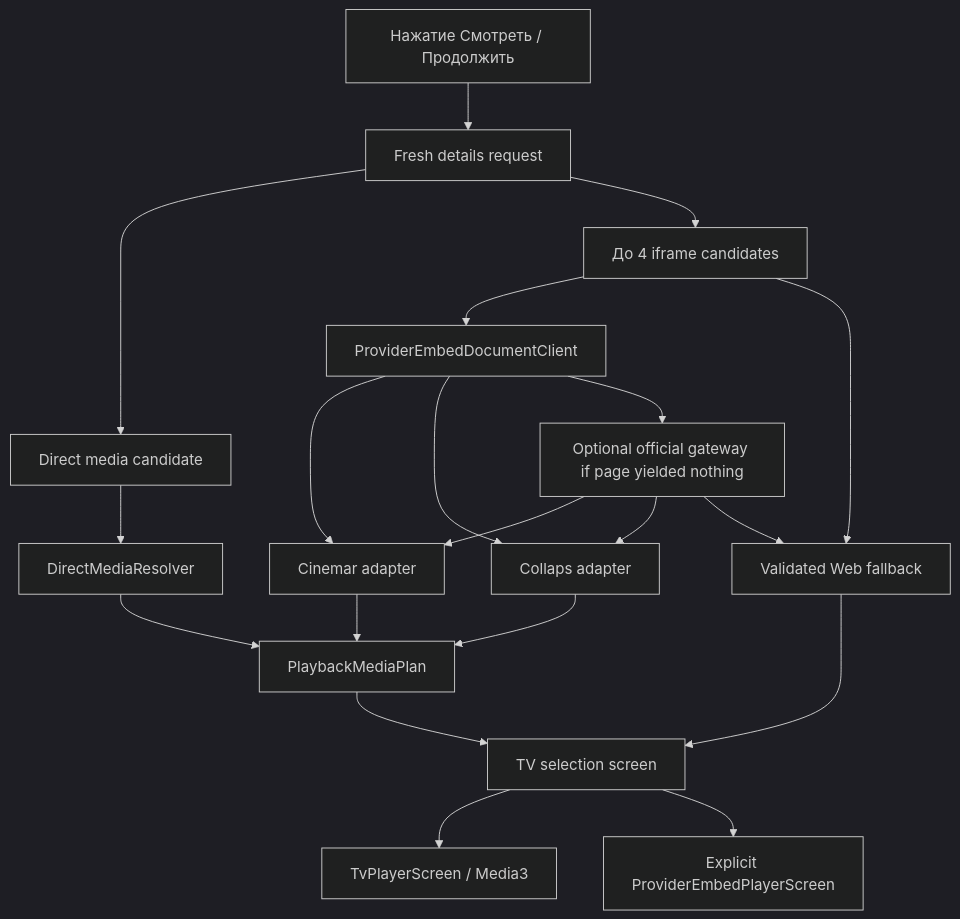
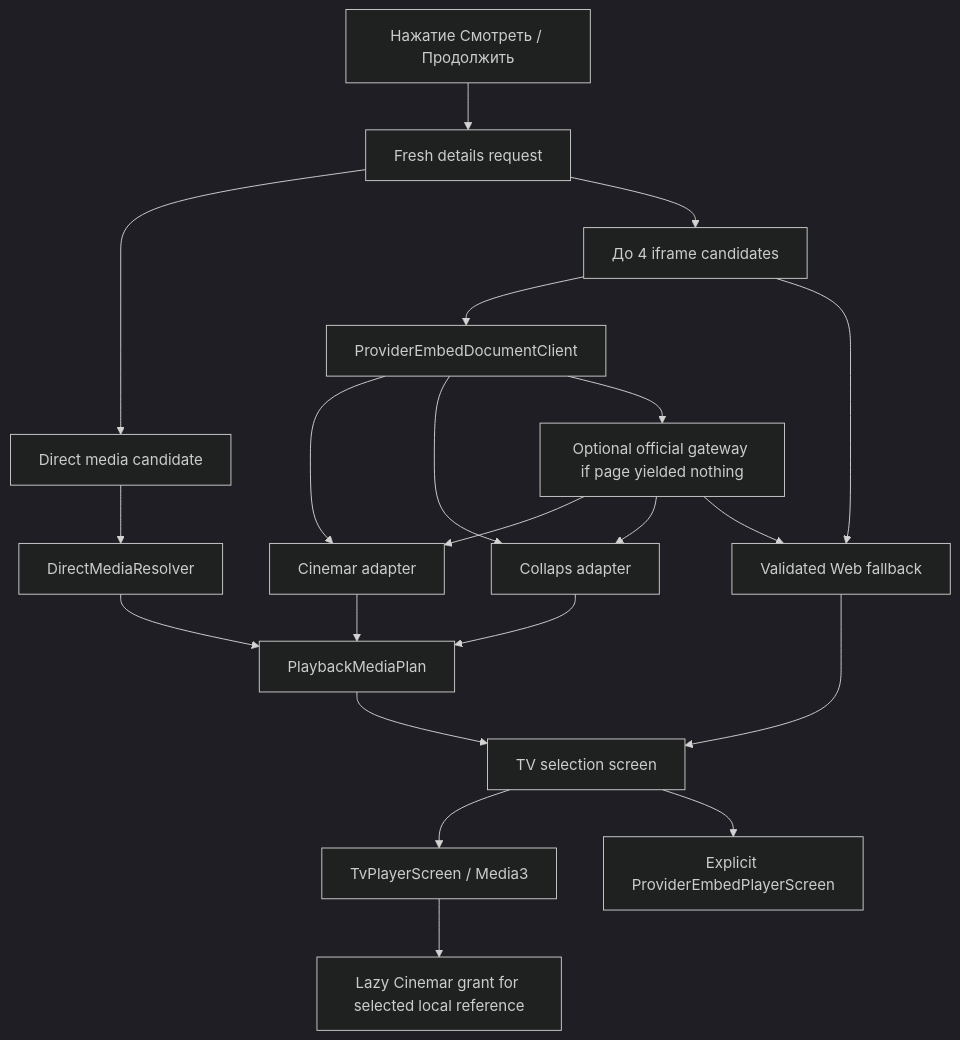
The diagram in docs/PLAYBACK.md (reziarlleh/KinogoATV), drawn with Mermaid (dark theme) before and after one commit. The commit also changed other lines of this file and 69 other files, not shown here.

````diff
--- a/docs/PLAYBACK.md
+++ b/docs/PLAYBACK.md
@@ -15,22 +15,23 @@
 ```mermaid
 flowchart TD
     A["Нажатие Смотреть / Продолжить"] --> B["Fresh details request"]
     B --> C["Direct media candidate"]
     B --> D["До 4 iframe candidates"]
     D --> E["ProviderEmbedDocumentClient"]
     E --> F["Cinemar adapter"]
     E --> G["Collaps adapter"]
     C --> H["DirectMediaResolver"]
     F --> I["PlaybackMediaPlan"]
     G --> I
     H --> I
     D --> J["Validated Web fallback"]
     E --> K["Optional official gateway if page yielded nothing"]
     K --> F
     K --> G
     K --> J
     I --> L["TV selection screen"]
     J --> L
     L --> M["TvPlayerScreen / Media3"]
     L --> N["Explicit ProviderEmbedPlayerScreen"]
+    M --> O["Lazy Cinemar grant for selected local reference"]
 ```
````
